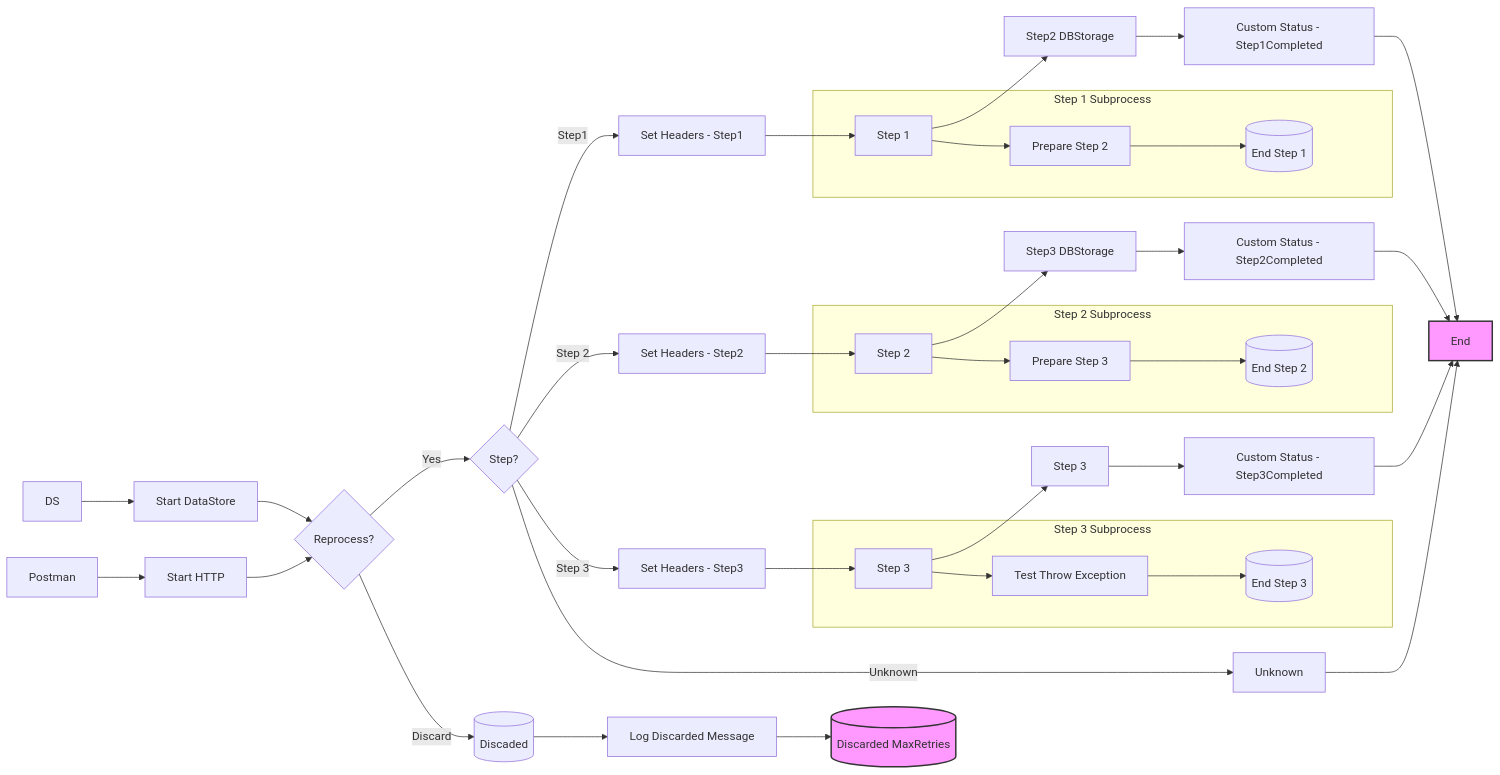
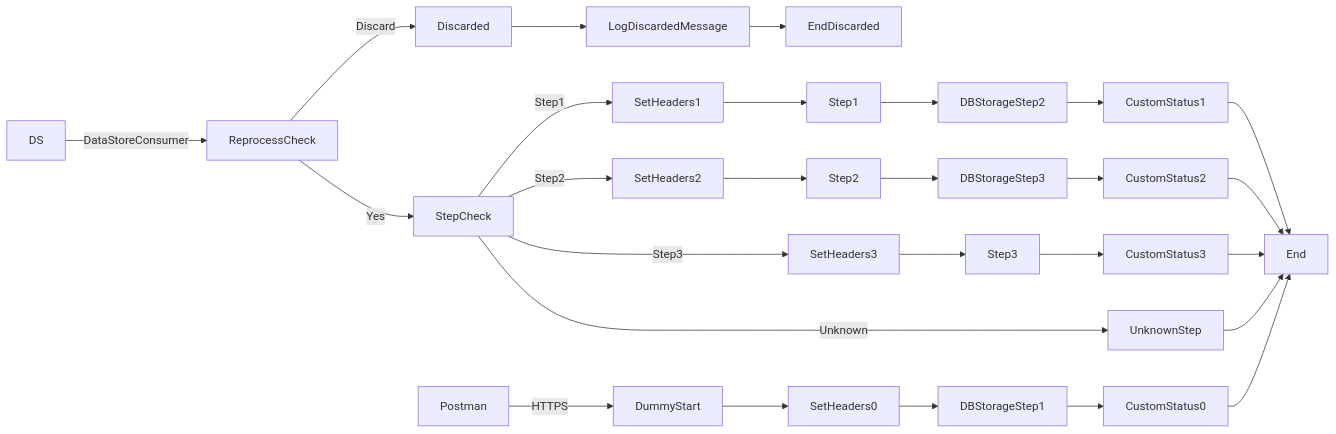
One commit to Avvale-IA-CICD/AvvaleCPI changed the diagram in MMZ - Cell Iflows/SEDA_Model_-_Single_DS_-_Restart_and_Discard_MMZ-1.0.1/readme.md. Above: the diagram before and after it, drawn with Mermaid. The commit also changed other lines of this file, not shown here.

Commit message:
Add/update documentation for SEDA_Model_-_Single_DS_-_Restart_and_Discard_MMZ v1.0.1

````diff
--- a/MMZ - Cell Iflows/SEDA_Model_-_Single_DS_-_Restart_and_Discard_MMZ-1.0.1/readme.md
+++ b/MMZ - Cell Iflows/SEDA_Model_-_Single_DS_-_Restart_and_Discard_MMZ-1.0.1/readme.md
@@ -4,46 +5,30 @@
 ```mermaid
 graph LR
-    Postman --> HTTPS[Start HTTP]
-    DS --> DataStoreConsumer[Start DataStore]
-    DataStoreConsumer --> Reprocess{Reprocess?}
-    HTTPS --> Reprocess
-    Reprocess -- Yes --> StepCheck{Step?}
-    Reprocess -- Discard --> Discaded[(Discaded)]
-    Discaded --> LogDiscarded[Log Discarded Message]
-    LogDiscarded --> DiscardedMaxRetries[(Discarded MaxRetries)]
-    StepCheck -- Step1 --> SetHeaders1[Set Headers - Step1]
-    StepCheck -- Step 2 --> SetHeaders2[Set Headers - Step2]
-    StepCheck -- Step 3 --> SetHeaders3[Set Headers - Step3]
-    StepCheck -- Unknown --> UnknownStep[Unknown]
-    SetHeaders1 --> Step1[Step 1]
-    SetHeaders2 --> Step2[Step 2]
-    SetHeaders3 --> Step3[Step 3]
-    Step1 --> Step2Storage[Step2 DBStorage]
-    Step2 --> Step3Storage[Step3 DBStorage]
-    Step3 --> Step3Subprocess[Step 3]
-    Step2Storage --> CustomStatus1[Custom Status - Step1Completed]
-    Step3Storage --> CustomStatus2[Custom Status - Step2Completed]
-    Step3Subprocess --> CustomStatus3[Custom Status - Step3Completed]
+    Postman -->|HTTPS| DummyStart
+    DS -->|DataStoreConsumer| ReprocessCheck
+    ReprocessCheck -- Yes --> StepCheck
+    ReprocessCheck -- Discard --> Discarded
+    Discarded --> LogDiscardedMessage
+    LogDiscardedMessage --> EndDiscarded
+    StepCheck -- Step1 --> SetHeaders1
+    StepCheck -- Step2 --> SetHeaders2
+    StepCheck -- Step3 --> SetHeaders3
+    StepCheck -- Unknown --> UnknownStep
+    SetHeaders1 --> Step1
+    SetHeaders2 --> Step2
+    SetHeaders3 --> Step3
+    Step1 --> DBStorageStep2
+    Step2 --> DBStorageStep3
+    Step3 --> CustomStatus3
+    DBStorageStep2 --> CustomStatus1
+    DBStorageStep3 --> CustomStatus2
     CustomStatus1 --> End
     CustomStatus2 --> End
     CustomStatus3 --> End
     UnknownStep --> End
+    DummyStart --> SetHeaders0
+    SetHeaders0 --> DBStorageStep1
+    DBStorageStep1 --> CustomStatus0
+    CustomStatus0 --> End
 
-    subgraph Step 1 Subprocess
-     Step1 --> PrepareStep2[Prepare Step 2]
-     PrepareStep2 --> EndStep1[(End Step 1)]
-    end
-
-    subgraph Step 2 Subprocess
-     Step2 --> PrepareStep3[Prepare Step 3]
-     PrepareStep3 --> EndStep2[(End Step 2)]
-    end
-
-    subgraph Step 3 Subprocess
-        Step3 --> TestException[Test Throw Exception]
-        TestException --> EndStep3[(End Step 3)]
-    end
-
-    style End fill:#f9f,stroke:#333,stroke-width:2px
-    style DiscardedMaxRetries fill:#f9f,stroke:#333,stroke-width:2px
 ```
````
